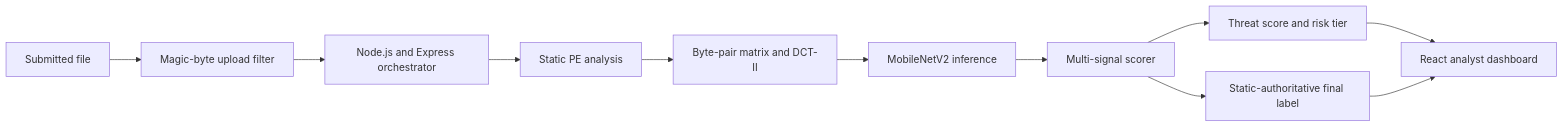
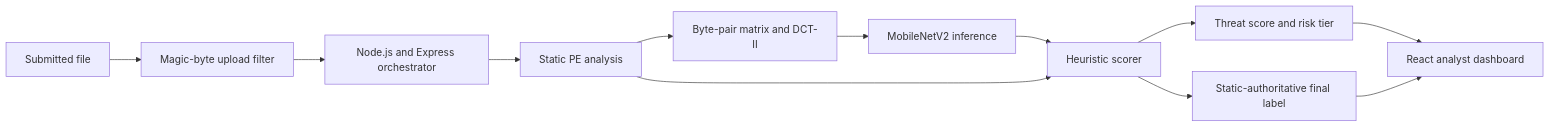
Before and after one commit to Ahsan-Salamat/ThreatVision-Research: the first of 6 diagrams in docs/figures.md, drawn with Mermaid. The commit also changed other lines of this file and 16 other files, not shown here.

````diff
--- a/docs/figures.md
+++ b/docs/figures.md
@@ -7,13 +7,14 @@
 ```mermaid
 flowchart LR
     A[Submitted file] --> B[Magic-byte upload filter]
     B --> C[Node.js and Express orchestrator]
     C --> D[Static PE analysis]
     D --> E[Byte-pair matrix and DCT-II]
     E --> F[MobileNetV2 inference]
-    F --> G[Multi-signal scorer]
+    F --> G[Heuristic scorer]
+    D --> G
     G --> H[Threat score and risk tier]
     G --> I[Static-authoritative final label]
     H --> J[React analyst dashboard]
     I --> J
 ```
````
